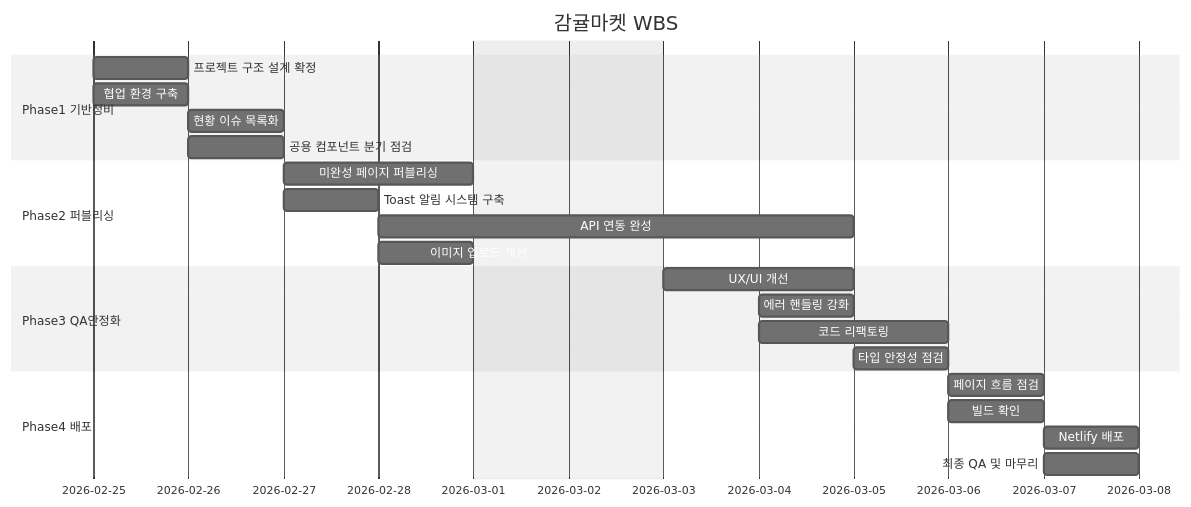
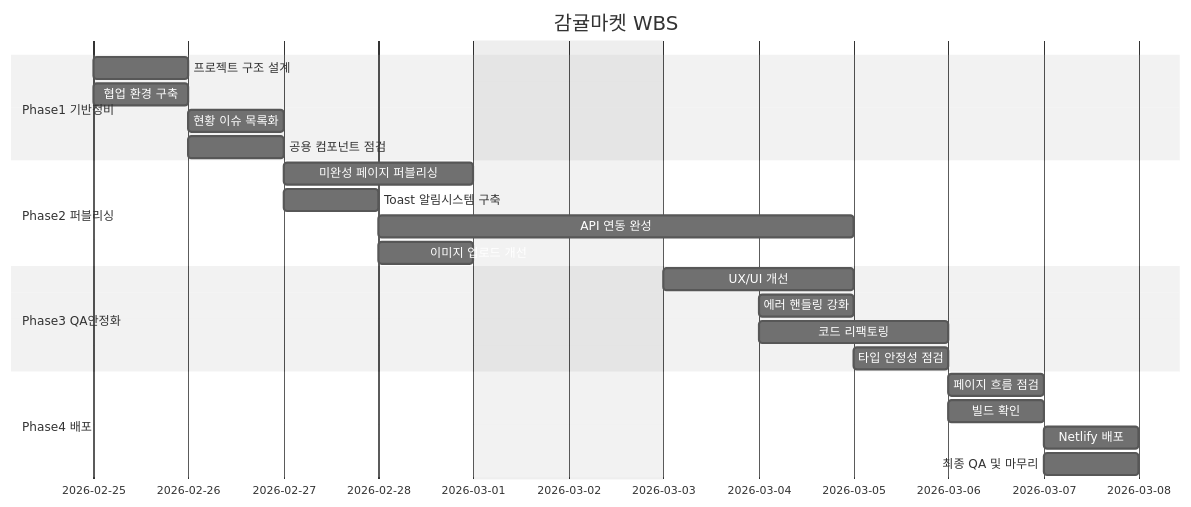
One commit to OrangeSNS/gamgyul-market changed the diagram in README.md. Above: the diagram before and after it, drawn with Mermaid (neutral theme). The commit also changed other lines of this file, not shown here.

Commit message:
docs: update README mermaid diagram

````diff
--- a/README.md
+++ b/README.md
@@ -242,30 +242,30 @@
 ```mermaid
 gantt
     title 감귤마켓 WBS
     dateFormat YYYY-MM-DD
     excludes 2026-03-01, 2026-03-02
 
     section Phase1 기반정비
-    프로젝트 구조 설계 확정   :p1-1, 2026-02-25, 1d
+    프로젝트 구조 설계    :p1-1, 2026-02-25, 1d
     협업 환경 구축            :p1-2, 2026-02-25, 1d
     현황 이슈 목록화          :p1-3, 2026-02-26, 1d
-    공용 컴포넌트 분기 점검   :p1-4, 2026-02-26, 1d
+    공용 컴포넌트 점검   :p1-4, 2026-02-26, 1d
 
     section Phase2 퍼블리싱
     미완성 페이지 퍼블리싱    :p2-1, 2026-02-27, 2d
-    Toast 알림 시스템 구축    :p2-2, 2026-02-27, 1d
+    Toast 알림시스템 구축    :p2-2, 2026-02-27, 1d
     API 연동 완성             :p2-3, 2026-02-28, 3d
     이미지 업로드 개선        :p2-4, 2026-02-28, 1d
 
     section Phase3 QA안정화
     UX/UI 개선                :p3-1, 2026-03-03, 2d
     에러 핸들링 강화          :p3-2, 2026-03-04, 1d
     코드 리팩토링             :p3-3, 2026-03-04, 2d
     타입 안정성 점검          :p3-4, 2026-03-05, 1d
 
     section Phase4 배포
     페이지 흐름 점검          :p4-1, 2026-03-06, 1d
     빌드 확인                 :p4-2, 2026-03-06, 1d
     Netlify 배포              :p4-3, 2026-03-07, 1d
     최종 QA 및 마무리         :p4-4, 2026-03-07, 1d
 ```
````
